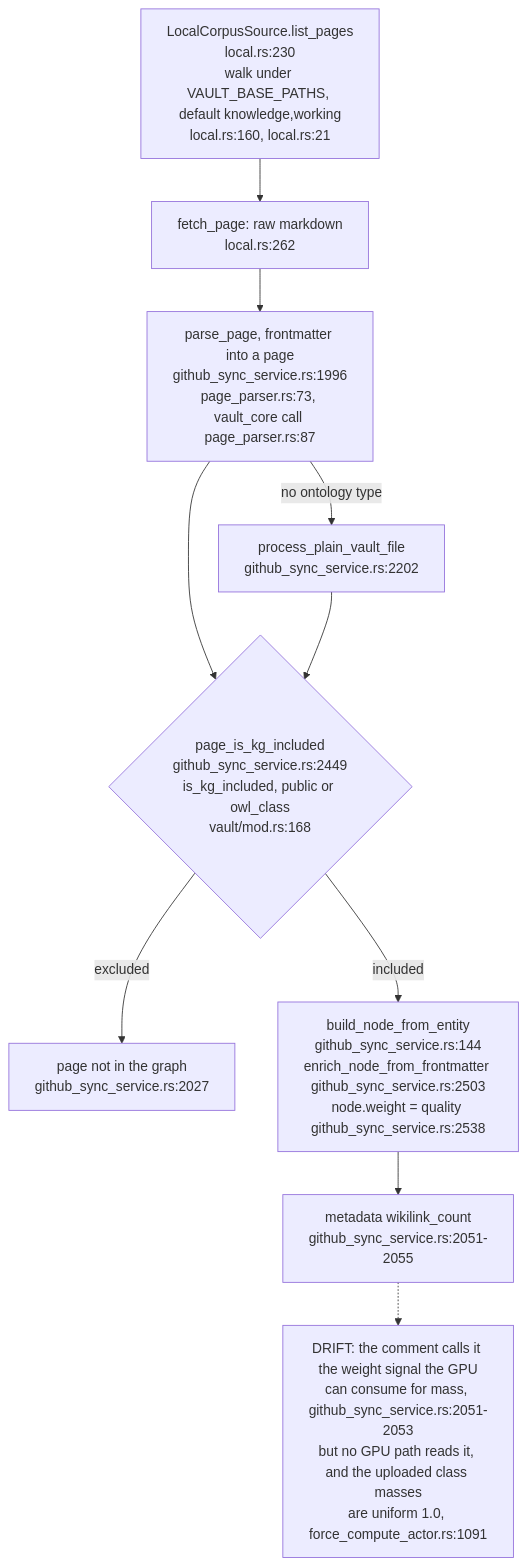
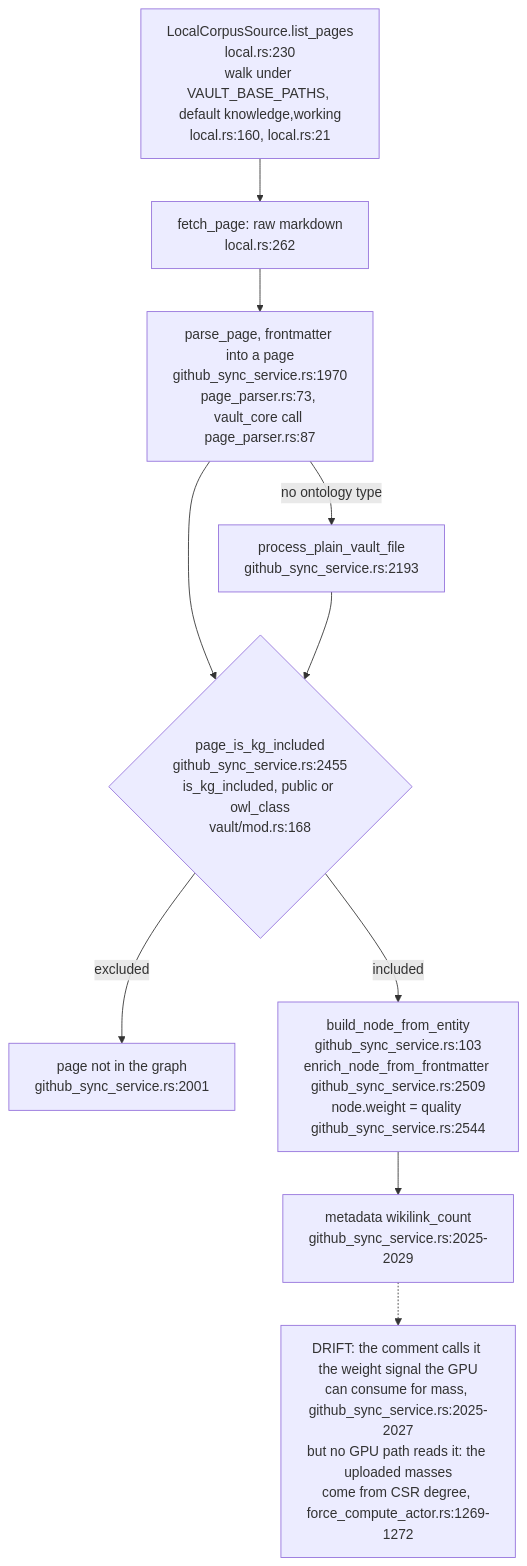
The first of 5 diagrams in docs/diagrams/visionclaw/58-corpus-page-to-gpu-edge.md (DreamLab-AI/VisionFlow), drawn with Mermaid before and after one commit. The commit also changed other lines of this file, not shown here.

First line of the commit message:
diagrams(visionclaw): re-verify VC-58 at visionclaw 4900ec60 after ADR-2204

````diff
--- a/docs/diagrams/visionclaw/58-corpus-page-to-gpu-edge.md
+++ b/docs/diagrams/visionclaw/58-corpus-page-to-gpu-edge.md
@@ -41,12 +46,12 @@
 ```mermaid
 flowchart TB
     LIST["LocalCorpusSource.list_pages<br/>local.rs:230<br/>walk under VAULT_BASE_PATHS, default knowledge,working<br/>local.rs:160, local.rs:21"] --> FETCH["fetch_page: raw markdown<br/>local.rs:262"]
-    FETCH --> PARSE["parse_page, frontmatter into a page<br/>github_sync_service.rs:1996<br/>page_parser.rs:73, vault_core call page_parser.rs:87"]
-    PARSE -->|"no ontology type"| PLAIN["process_plain_vault_file<br/>github_sync_service.rs:2202"]
-    PARSE --> GATE{"page_is_kg_included<br/>github_sync_service.rs:2449<br/>is_kg_included, public or owl_class<br/>vault/mod.rs:168"}
+    FETCH --> PARSE["parse_page, frontmatter into a page<br/>github_sync_service.rs:1970<br/>page_parser.rs:73, vault_core call page_parser.rs:87"]
+    PARSE -->|"no ontology type"| PLAIN["process_plain_vault_file<br/>github_sync_service.rs:2193"]
+    PARSE --> GATE{"page_is_kg_included<br/>github_sync_service.rs:2455<br/>is_kg_included, public or owl_class<br/>vault/mod.rs:168"}
     PLAIN --> GATE
-    GATE -->|"excluded"| DROP["page not in the graph<br/>github_sync_service.rs:2027"]
-    GATE -->|"included"| NODE["build_node_from_entity<br/>github_sync_service.rs:144<br/>enrich_node_from_frontmatter github_sync_service.rs:2503<br/>node.weight = quality github_sync_service.rs:2538"]
-    NODE --> WLC["metadata wikilink_count<br/>github_sync_service.rs:2051-2055"]
-    WLC -.-> DRIFTW["DRIFT: the comment calls it the weight signal the GPU<br/>can consume for mass, github_sync_service.rs:2051-2053<br/>but no GPU path reads it, and the uploaded class masses<br/>are uniform 1.0, force_compute_actor.rs:1091"]
+    GATE -->|"excluded"| DROP["page not in the graph<br/>github_sync_service.rs:2001"]
+    GATE -->|"included"| NODE["build_node_from_entity<br/>github_sync_service.rs:103<br/>enrich_node_from_frontmatter github_sync_service.rs:2509<br/>node.weight = quality github_sync_service.rs:2544"]
+    NODE --> WLC["metadata wikilink_count<br/>github_sync_service.rs:2025-2029"]
+    WLC -.-> DRIFTW["DRIFT: the comment calls it the weight signal the GPU<br/>can consume for mass, github_sync_service.rs:2025-2027<br/>but no GPU path reads it: the uploaded masses<br/>come from CSR degree, force_compute_actor.rs:1269-1272"]
 ```
````
